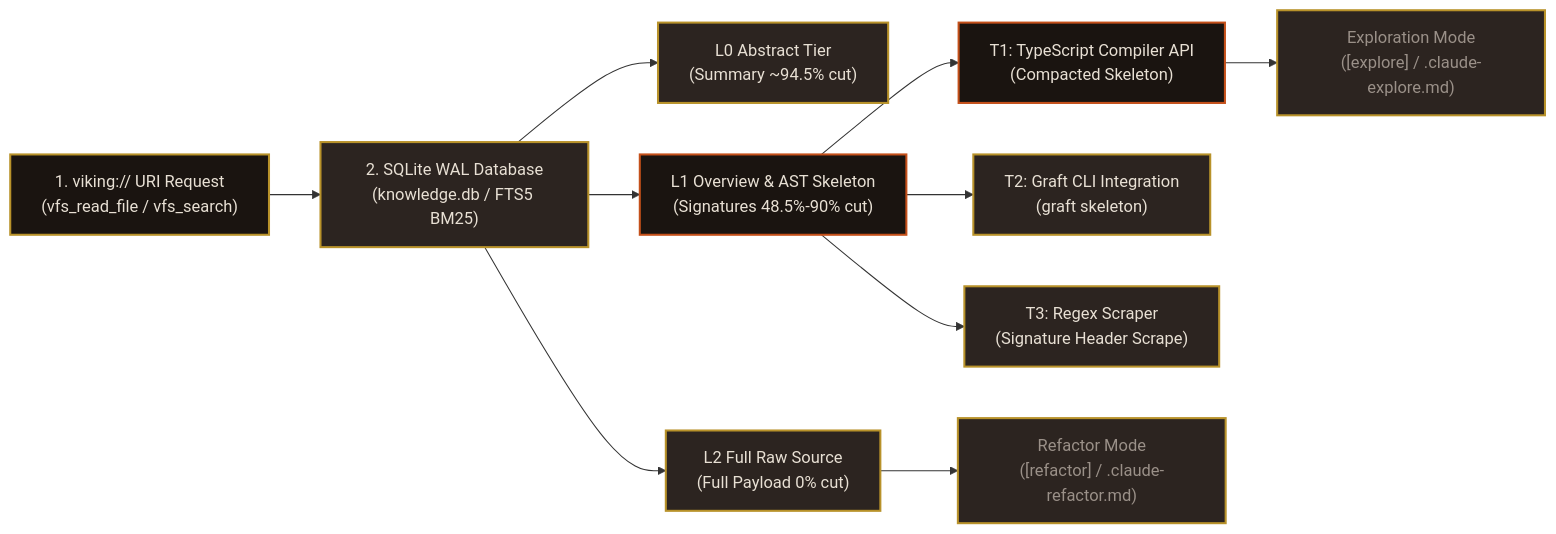
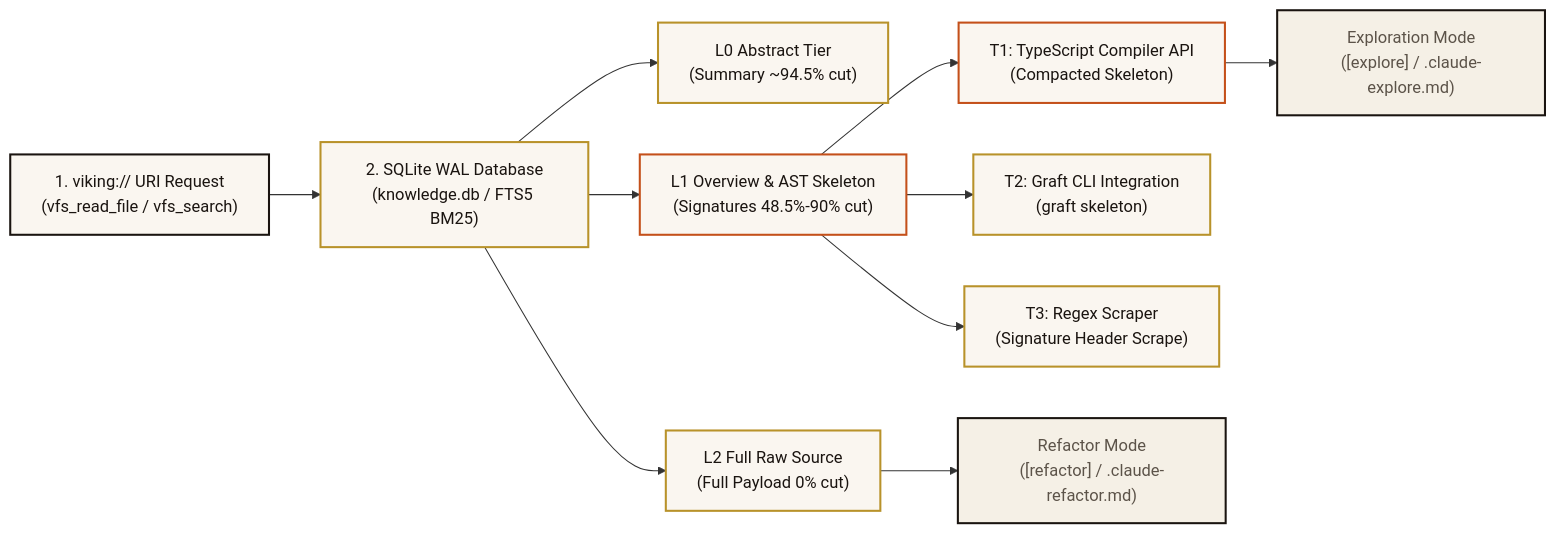
Before and after one commit to sorensencc-dotcom/TRM: the diagram in wiki/Viking-VFS-&-Tiered-Compaction.md, drawn with Mermaid. The commit also changed 23 other files, not shown here.

First line of the commit message:
docs(wiki): CIC readable parchment diagrams (F5F0E6 field)

````diff
--- a/wiki/Viking-VFS-&-Tiered-Compaction.md
+++ b/wiki/Viking-VFS-&-Tiered-Compaction.md
@@ -22,20 +22,20 @@
 ```mermaid
 flowchart LR
-    classDef inputStyle fill:#1A1410,stroke:#B8922A,stroke-width:2px,color:#E8E0D4;
-    classDef stageStyle fill:#2C2420,stroke:#B8922A,stroke-width:2px,color:#E8E0D4;
-    classDef compStyle fill:#1A1410,stroke:#C4501A,stroke-width:2px,color:#E8E0D4;
-    classDef modeStyle fill:#2C2420,stroke:#B8922A,stroke-width:2px,color:#9A9088;
+    classDef inputStyle fill:#FAF6F0,stroke:#1A1410,stroke-width:2px,color:#1A1410;
+    classDef stageStyle fill:#FAF6F0,stroke:#B8922A,stroke-width:2px,color:#1A1410;
+    classDef compStyle fill:#FAF6F0,stroke:#C4501A,stroke-width:2px,color:#1A1410;
+    classDef modeStyle fill:#F5F0E6,stroke:#1A1410,stroke-width:2px,color:#5C5349;
 
     URI["1. viking:// URI Request<br/>(vfs_read_file / vfs_search)"]:::inputStyle --> WAL["2. SQLite WAL Database<br/>(knowledge.db / FTS5 BM25)"]:::stageStyle
     
     WAL --> L0["L0 Abstract Tier<br/>(Summary ~94.5% cut)"]:::stageStyle
     WAL --> L1["L1 Overview & AST Skeleton<br/>(Signatures 48.5%-90% cut)"]:::compStyle
     WAL --> L2["L2 Full Raw Source<br/>(Full Payload 0% cut)"]:::stageStyle
 
     L1 --> T1["T1: TypeScript Compiler API<br/>(Compacted Skeleton)"]:::compStyle
     L1 --> T2["T2: Graft CLI Integration<br/>(graft skeleton)"]:::stageStyle
     L1 --> T3["T3: Regex Scraper<br/>(Signature Header Scrape)"]:::stageStyle
 
     T1 --> EXP["Exploration Mode<br/>([explore] / .claude-explore.md)"]:::modeStyle
     L2 --> REF["Refactor Mode<br/>([refactor] / .claude-refactor.md)"]:::modeStyle
 ```
````
